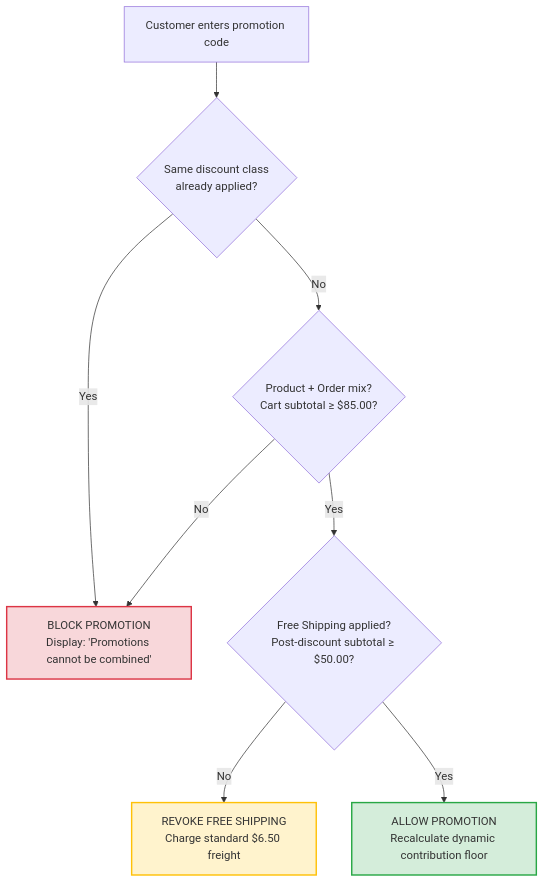
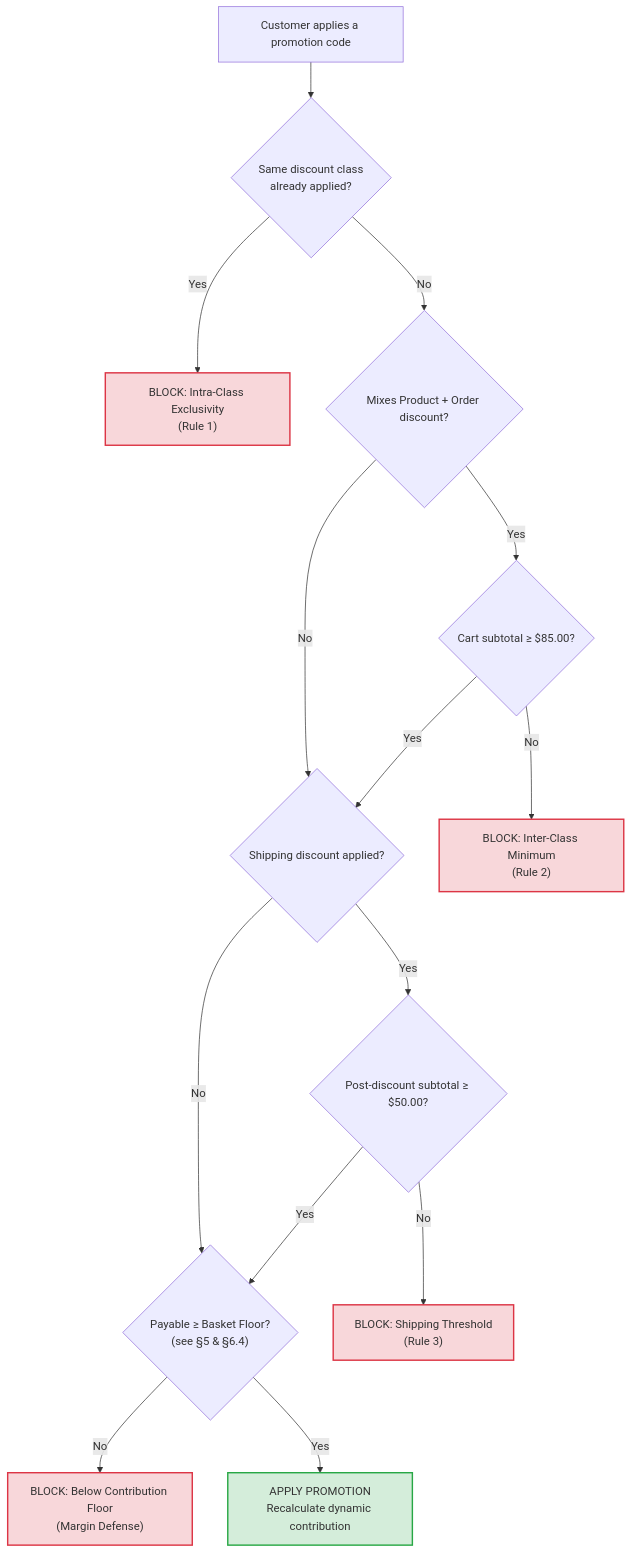
The fourth of 5 diagrams in domain-5-technical-diagnosis/MasterDossier-Domain5-MarginDefenseAndCartDiagnostics.md (riovicsusas/portfolio), drawn with Mermaid before and after one commit. The commit also changed other lines of this file and 1 other file, not shown here.

````diff
--- a/domain-5-technical-diagnosis/MasterDossier-Domain5-MarginDefenseAndCartDiagnostics.md
+++ b/domain-5-technical-diagnosis/MasterDossier-Domain5-MarginDefenseAndCartDiagnostics.md
@@ -192,14 +201,22 @@
 ```mermaid
 flowchart TD
-    A["Customer enters promotion code"] --> B{"Same discount class<br/>already applied?"}
-    B -- "Yes" --> X["BLOCK PROMOTION<br/>Display: 'Promotions cannot be combined'"]
-    B -- "No" --> C{"Product + Order mix?<br/>Cart subtotal ≥ $85.00?"}
-    C -- "No" --> X
-    C -- "Yes" --> D{"Free Shipping applied?<br/>Post-discount subtotal ≥ $50.00?"}
-    D -- "No" --> Y["REVOKE FREE SHIPPING<br/>Charge standard $6.50 freight"]
-    D -- "Yes" --> E["ALLOW PROMOTION<br/>Recalculate dynamic contribution floor"]
+    A["Customer applies a promotion code"] --> B{"Same discount class<br/>already applied?"}
+    B -- "Yes" --> X1["BLOCK: Intra-Class Exclusivity<br/>(Rule 1)"]
+    B -- "No" --> C{"Mixes Product + Order discount?"}
+    C -- "Yes" --> C2{"Cart subtotal ≥ $85.00?"}
+    C -- "No" --> D{"Shipping discount applied?"}
+    C2 -- "No" --> X2["BLOCK: Inter-Class Minimum<br/>(Rule 2)"]
+    C2 -- "Yes" --> D
+    D -- "Yes" --> D2{"Post-discount subtotal ≥ $50.00?"}
+    D -- "No" --> F{"Payable ≥ Basket Floor?<br/>(see §5 & §6.4)"}
+    D2 -- "No" --> X3["BLOCK: Shipping Threshold<br/>(Rule 3)"]
+    D2 -- "Yes" --> F
+    F -- "No" --> X4["BLOCK: Below Contribution Floor<br/>(Margin Defense)"]
+    F -- "Yes" --> E["APPLY PROMOTION<br/>Recalculate dynamic contribution"]
 
-    style X fill:#f8d7da,stroke:#dc3545,stroke-width:2px;
-    style Y fill:#fff3cd,stroke:#ffc107,stroke-width:2px;
+    style X1 fill:#f8d7da,stroke:#dc3545,stroke-width:2px;
+    style X2 fill:#f8d7da,stroke:#dc3545,stroke-width:2px;
+    style X3 fill:#f8d7da,stroke:#dc3545,stroke-width:2px;
+    style X4 fill:#f8d7da,stroke:#dc3545,stroke-width:2px;
     style E fill:#d4edda,stroke:#28a745,stroke-width:2px;
 ```
````
